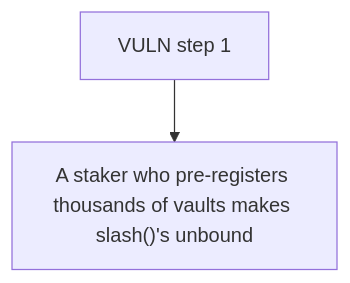
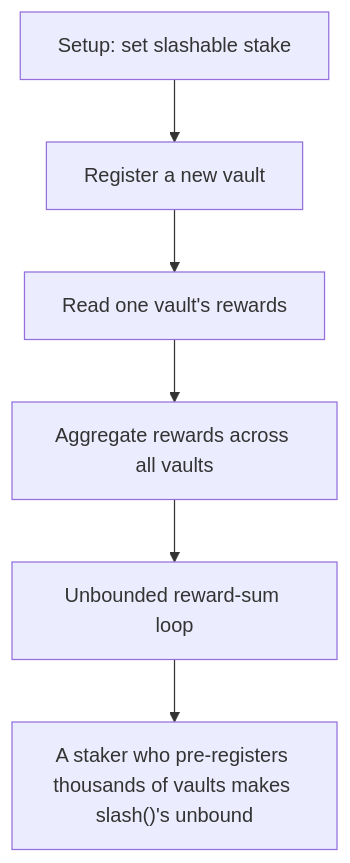
One commit to sanbir/evm-hack-registry changed the diagram in 65322-any-staker-can-fully-avoid-slashing-by-triggering-oog-revert_exp/65322-any-staker-can-fully-avoid-slashing-by-triggering-oog-revert_exp.md. Above: the diagram before and after it, drawn with Mermaid. The commit also changed other lines of this file and 79 other files, not shown here.

````diff
--- a/65322-any-staker-can-fully-avoid-slashing-by-triggering-oog-revert_exp/65322-any-staker-can-fully-avoid-slashing-by-triggering-oog-revert_exp.md
+++ b/65322-any-staker-can-fully-avoid-slashing-by-triggering-oog-revert_exp/65322-any-staker-can-fully-avoid-slashing-by-triggering-oog-revert_exp.md
@@ -28,6 +28,14 @@
 ```mermaid
 flowchart TD
-  S0["VULN step 1"]
+  S0["Setup: set slashable stake"]
+  S1["Register a new vault"]
+  S2["Read one vault's rewards"]
+  S3["Aggregate rewards across all vaults"]
+  S4["Unbounded reward-sum loop"]
   H["A staker who pre-registers thousands of vaults makes slash()'s unbound"]
-  S0 --> H
+  S0 --> S1
+  S1 --> S2
+  S2 --> S3
+  S3 --> S4
+  S4 --> H
 ```
````
